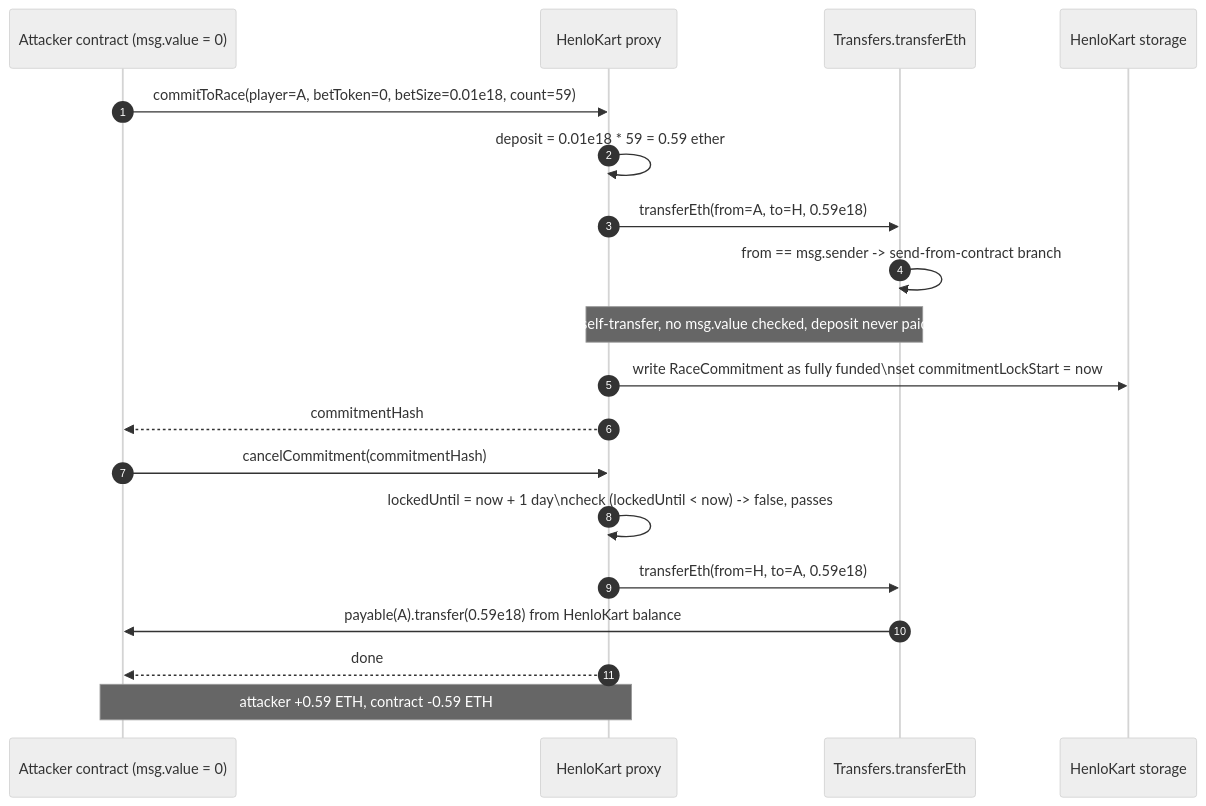
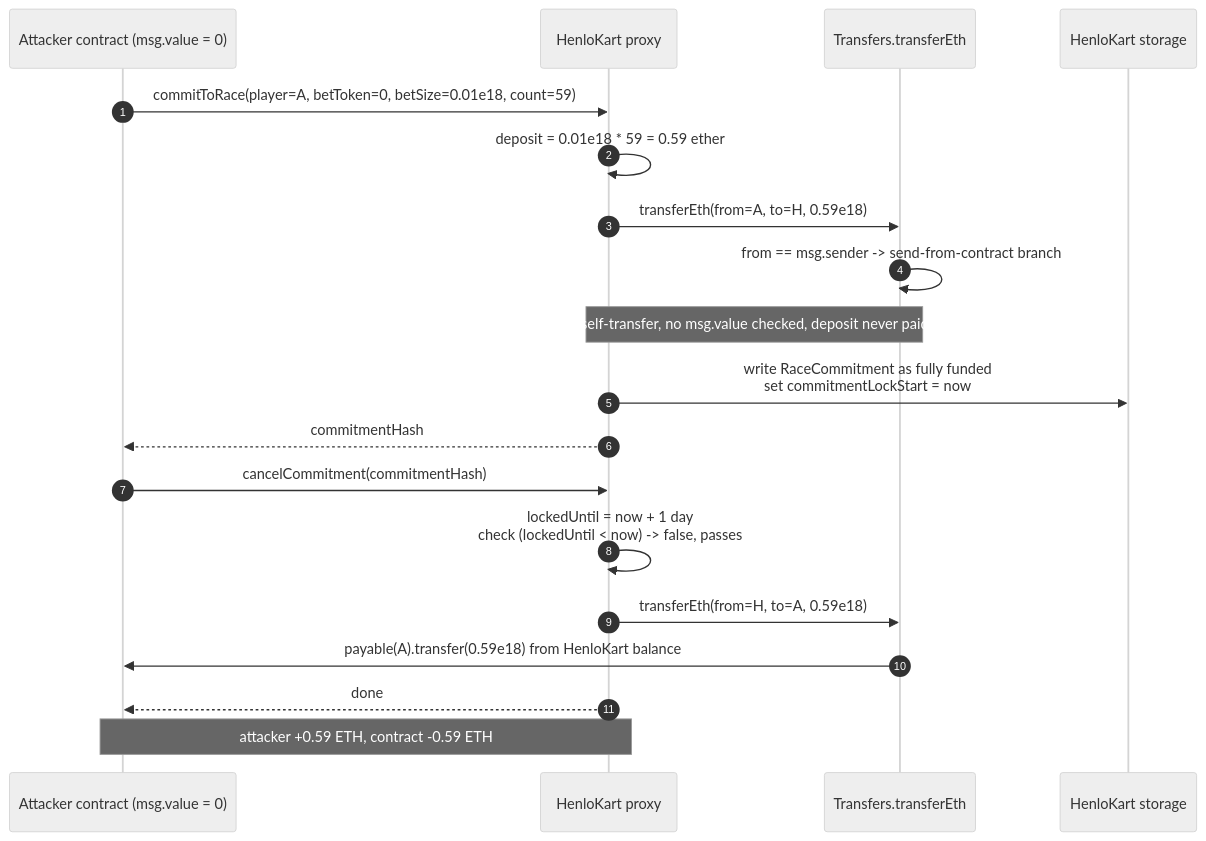
One commit to sanbir/evm-hack-registry changed the first of 2 diagrams in 2025-02-HenloKart_exp/HenloKart_exp.md. Above: the diagram before and after it, drawn with Mermaid (neutral theme). The commit also changed other lines of this file and 280 other files, not shown here.

Commit message:
mermaid fixes

````diff
--- a/2025-02-HenloKart_exp/HenloKart_exp.md
+++ b/2025-02-HenloKart_exp/HenloKart_exp.md
@@ -131,23 +131,23 @@
 ```mermaid
 sequenceDiagram
     autonumber
     participant A as Attacker contract (msg.value = 0)
     participant H as HenloKart proxy
     participant T as Transfers.transferEth
     participant S as HenloKart storage
 
     A->>H: commitToRace(player=A, betToken=0, betSize=0.01e18, count=59)
     H->>H: deposit = 0.01e18 * 59 = 0.59 ether
     H->>T: transferEth(from=A, to=H, 0.59e18)
     T->>T: from == msg.sender -> send-from-contract branch
     Note over T,H: self-transfer, no msg.value checked, deposit never paid
-    H->>S: write RaceCommitment as fully funded\nset commitmentLockStart = now
+    H->>S: write RaceCommitment as fully funded<br/>set commitmentLockStart = now
     H-->>A: commitmentHash
 
     A->>H: cancelCommitment(commitmentHash)
-    H->>H: lockedUntil = now + 1 day\ncheck (lockedUntil < now) -> false, passes
+    H->>H: lockedUntil = now + 1 day<br/>check (lockedUntil < now) -> false, passes
     H->>T: transferEth(from=H, to=A, 0.59e18)
     T->>A: payable(A).transfer(0.59e18) from HenloKart balance
     H-->>A: done
     Note over A,H: attacker +0.59 ETH, contract -0.59 ETH
 ```
````
